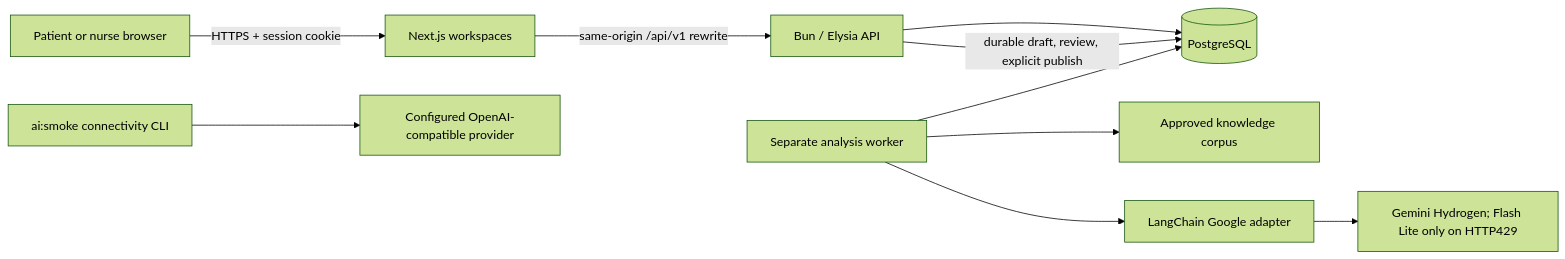
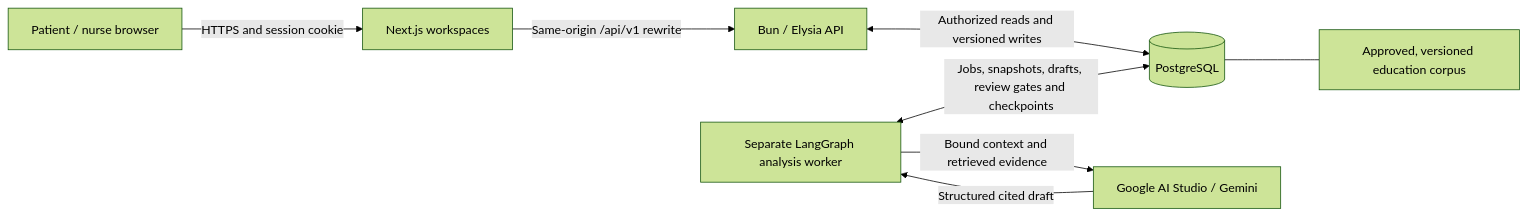
The diagram in README.md (Frsxk/ForCare), drawn with Mermaid (forest theme) before and after one commit. The commit also changed other lines of this file, not shown here.

````diff
--- a/README.md
+++ b/README.md
@@ -110,12 +62,10 @@
 ```mermaid
 flowchart LR
-    U[Patient or nurse browser] -->|HTTPS + session cookie| F[Next.js workspaces]
-    F -->|same-origin /api/v1 rewrite| B[Bun / Elysia API]
-    B --> D[(PostgreSQL)]
-    W[Separate analysis worker] --> D
-    W --> K[Approved knowledge corpus]
-    W --> L[LangChain Google adapter]
-    L --> M[Gemini Hydrogen; Flash Lite only on HTTP429]
-    B -->|durable draft, review, explicit publish| D
-    S[ai:smoke connectivity CLI] --> O[Configured OpenAI-compatible provider]
+    U["Patient / nurse browser"] -->|"HTTPS and session cookie"| F["Next.js workspaces"]
+    F -->|"Same-origin /api/v1 rewrite"| B["Bun / Elysia API"]
+    B <-->|"Authorized reads and versioned writes"| D[("PostgreSQL")]
+    W["Separate LangGraph analysis worker"] <-->|"Jobs, snapshots, drafts, review gates and checkpoints"| D
+    D --- K["Approved, versioned education corpus"]
+    W -->|"Bound context and retrieved evidence"| G["Google AI Studio / Gemini"]
+    G -->|"Structured cited draft"| W
 ```
````
